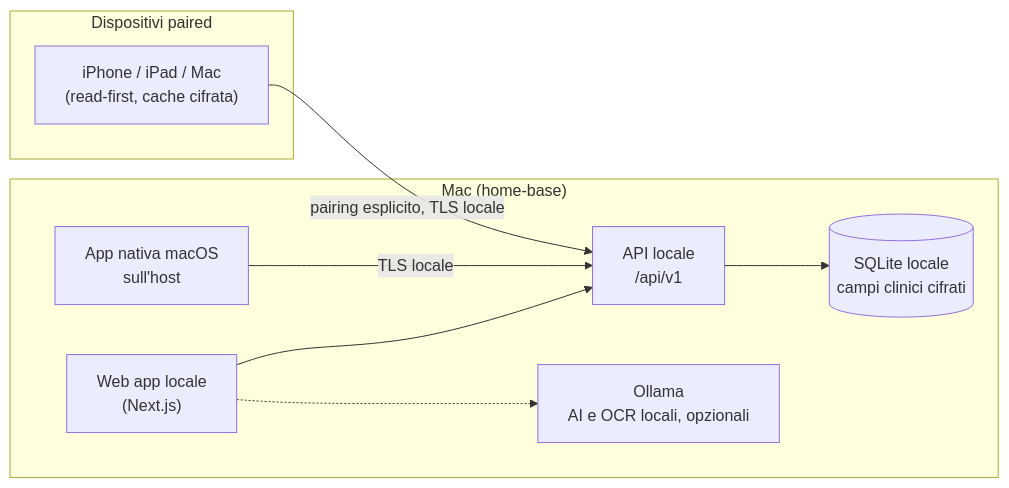
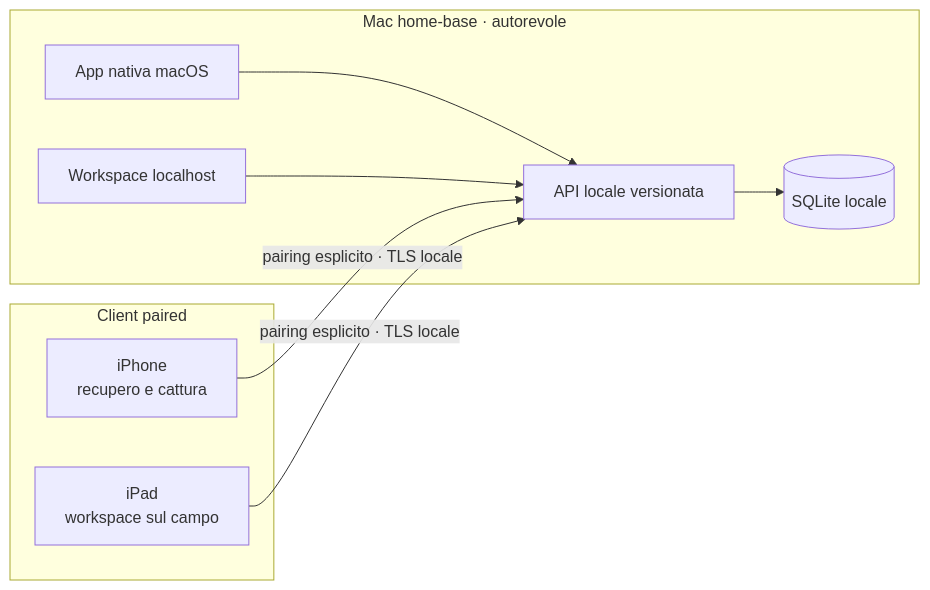
The first of 2 diagrams in README.md (Wulfgardr/mediflow), drawn with Mermaid before and after one commit. The commit also changed other lines of this file and 8 other files, not shown here.

````diff
--- a/README.md
+++ b/README.md
@@ -115,17 +119,18 @@
 ```mermaid
 flowchart LR
-    subgraph mac["Mac (home-base)"]
-        web["Web app locale<br/>(Next.js)"]
-        api["API locale<br/>/api/v1"]
-        db[("SQLite locale<br/>campi clinici cifrati")]
-        ai["Ollama<br/>AI e OCR locali, opzionali"]
-        web --> api --> db
-        web -.-> ai
-        native["App nativa macOS<br/>sull'host"]
-        native -- "TLS locale" --> api
+    subgraph paired["Client paired"]
+        iphone["iPhone<br/>recupero e cattura"]
+        ipad["iPad<br/>workspace sul campo"]
     end
-    subgraph paired["Dispositivi paired"]
-        mobile["iPhone / iPad / Mac<br/>(read-first, cache cifrata)"]
+    subgraph mac["Mac home-base · autorevole"]
+        native["App nativa macOS"]
+        web["Workspace localhost"]
+        api["API locale versionata"]
+        db[("SQLite locale")]
+        native --> api
+        web --> api
+        api --> db
     end
-    mobile -- "pairing esplicito, TLS locale" --> api
+    iphone -- "pairing esplicito · TLS locale" --> api
+    ipad -- "pairing esplicito · TLS locale" --> api
 ```
````
